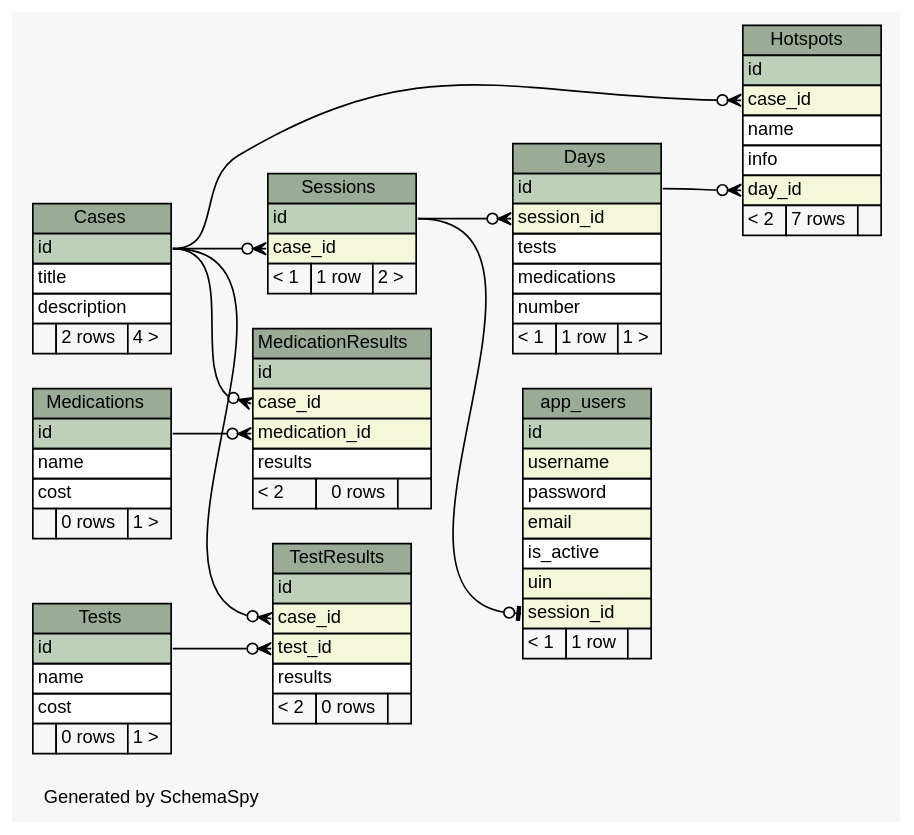
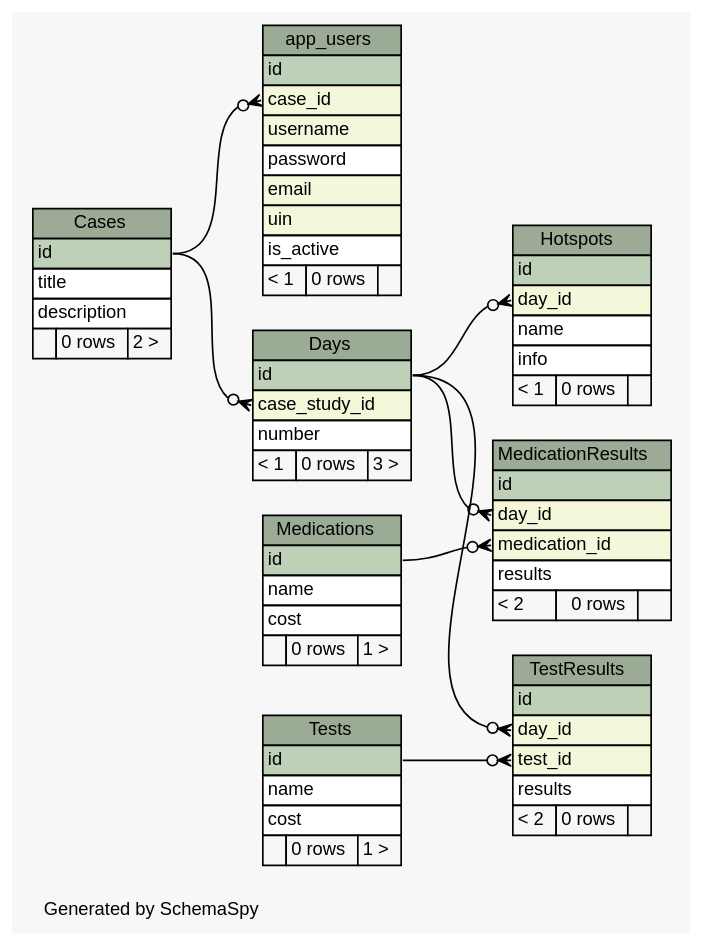
Before and after one commit to carrel2/CaseStudies: the diagram in web/files/schema/diagrams/summary/relationships.real.large.dot, drawn with Graphviz. The commit also changed 88 other files, not shown here.

```diff
--- a/web/files/schema/diagrams/summary/relationships.real.large.dot
+++ b/web/files/schema/diagrams/summary/relationships.real.large.dot
@@ -1,148 +1,132 @@
-// dot 2.38.0 on Linux 4.4.0-59-generic
+// dot 2.38.0 on Linux 4.4.0-62-generic
 // SchemaSpy rev 590
 digraph "largeRelationshipsDiagram" {
   graph [
     rankdir="RL"
     bgcolor="#f7f7f7"
     label="\nGenerated by SchemaSpy"
     labeljust="l"
     nodesep="0.18"
     ranksep="0.46"
     fontname="Helvetica"
     fontsize="11"
   ];
   node [
     fontname="Helvetica"
     fontsize="11"
     shape="plaintext"
   ];
   edge [
     arrowsize="0.8"
   ];
   "app_users" [
     label=<
     <TABLE BORDER="0" CELLBORDER="1" CELLSPACING="0" BGCOLOR="#ffffff">
       <TR><TD COLSPAN="3" BGCOLOR="#9bab96" ALIGN="CENTER">app_users</TD></TR>
       <TR><TD PORT="id" COLSPAN="3" BGCOLOR="#bed1b8" ALIGN="LEFT">id</TD></TR>
+      <TR><TD PORT="case_id" COLSPAN="3" BGCOLOR="#f4f7da" ALIGN="LEFT">case_id</TD></TR>
       <TR><TD PORT="username" COLSPAN="3" BGCOLOR="#f4f7da" ALIGN="LEFT">username</TD></TR>
       <TR><TD PORT="password" COLSPAN="3" ALIGN="LEFT">password</TD></TR>
       <TR><TD PORT="email" COLSPAN="3" BGCOLOR="#f4f7da" ALIGN="LEFT">email</TD></TR>
+      <TR><TD PORT="uin" COLSPAN="3" BGCOLOR="#f4f7da" ALIGN="LEFT">uin</TD></TR>
       <TR><TD PORT="is_active" COLSPAN="3" ALIGN="LEFT">is_active</TD></TR>
-      <TR><TD PORT="uin" COLSPAN="3" BGCOLOR="#f4f7da" ALIGN="LEFT">uin</TD></TR>
-      <TR><TD PORT="session_id" COLSPAN="3" BGCOLOR="#f4f7da" ALIGN="LEFT">session_id</TD></TR>
-      <TR><TD ALIGN="LEFT" BGCOLOR="#f7f7f7">&lt; 1</TD><TD ALIGN="RIGHT" BGCOLOR="#f7f7f7">1 row</TD><TD ALIGN="RIGHT" BGCOLOR="#f7f7f7">  </TD></TR>
+      <TR><TD ALIGN="LEFT" BGCOLOR="#f7f7f7">&lt; 1</TD><TD ALIGN="RIGHT" BGCOLOR="#f7f7f7">0 rows</TD><TD ALIGN="RIGHT" BGCOLOR="#f7f7f7">  </TD></TR>
     </TABLE>>
     URL="tables/app_users.html"
     tooltip="app_users"
   ];
   "Cases" [
     label=<
     <TABLE BORDER="0" CELLBORDER="1" CELLSPACING="0" BGCOLOR="#ffffff">
       <TR><TD COLSPAN="3" BGCOLOR="#9bab96" ALIGN="CENTER">Cases</TD></TR>
       <TR><TD PORT="id" COLSPAN="3" BGCOLOR="#bed1b8" ALIGN="LEFT">id</TD></TR>
       <TR><TD PORT="title" COLSPAN="3" ALIGN="LEFT">title</TD></TR>
       <TR><TD PORT="description" COLSPAN="3" ALIGN="LEFT">description</TD></TR>
-      <TR><TD ALIGN="LEFT" BGCOLOR="#f7f7f7">  </TD><TD ALIGN="RIGHT" BGCOLOR="#f7f7f7">2 rows</TD><TD ALIGN="RIGHT" BGCOLOR="#f7f7f7">4 &gt;</TD></TR>
+      <TR><TD ALIGN="LEFT" BGCOLOR="#f7f7f7">  </TD><TD ALIGN="RIGHT" BGCOLOR="#f7f7f7">0 rows</TD><TD ALIGN="RIGHT" BGCOLOR="#f7f7f7">2 &gt;</TD></TR>
     </TABLE>>
     URL="tables/Cases.html"
     tooltip="Cases"
   ];
   "Days" [
     label=<
     <TABLE BORDER="0" CELLBORDER="1" CELLSPACING="0" BGCOLOR="#ffffff">
       <TR><TD COLSPAN="3" BGCOLOR="#9bab96" ALIGN="CENTER">Days</TD></TR>
       <TR><TD PORT="id" COLSPAN="3" BGCOLOR="#bed1b8" ALIGN="LEFT">id</TD></TR>
-      <TR><TD PORT="session_id" COLSPAN="3" BGCOLOR="#f4f7da" ALIGN="LEFT">session_id</TD></TR>
-      <TR><TD PORT="tests" COLSPAN="3" ALIGN="LEFT">tests</TD></TR>
-      <TR><TD PORT="medications" COLSPAN="3" ALIGN="LEFT">medications</TD></TR>
+      <TR><TD PORT="case_study_id" COLSPAN="3" BGCOLOR="#f4f7da" ALIGN="LEFT">case_study_id</TD></TR>
       <TR><TD PORT="number" COLSPAN="3" ALIGN="LEFT">number</TD></TR>
-      <TR><TD ALIGN="LEFT" BGCOLOR="#f7f7f7">&lt; 1</TD><TD ALIGN="RIGHT" BGCOLOR="#f7f7f7">1 row</TD><TD ALIGN="RIGHT" BGCOLOR="#f7f7f7">1 &gt;</TD></TR>
+      <TR><TD ALIGN="LEFT" BGCOLOR="#f7f7f7">&lt; 1</TD><TD ALIGN="RIGHT" BGCOLOR="#f7f7f7">0 rows</TD><TD ALIGN="RIGHT" BGCOLOR="#f7f7f7">3 &gt;</TD></TR>
     </TABLE>>
     URL="tables/Days.html"
     tooltip="Days"
   ];
   "Hotspots" [
     label=<
     <TABLE BORDER="0" CELLBORDER="1" CELLSPACING="0" BGCOLOR="#ffffff">
       <TR><TD COLSPAN="3" BGCOLOR="#9bab96" ALIGN="CENTER">Hotspots</TD></TR>
       <TR><TD PORT="id" COLSPAN="3" BGCOLOR="#bed1b8" ALIGN="LEFT">id</TD></TR>
-      <TR><TD PORT="case_id" COLSPAN="3" BGCOLOR="#f4f7da" ALIGN="LEFT">case_id</TD></TR>
+      <TR><TD PORT="day_id" COLSPAN="3" BGCOLOR="#f4f7da" ALIGN="LEFT">day_id</TD></TR>
       <TR><TD PORT="name" COLSPAN="3" ALIGN="LEFT">name</TD></TR>
       <TR><TD PORT="info" COLSPAN="3" ALIGN="LEFT">info</TD></TR>
-      <TR><TD PORT="day_id" COLSPAN="3" BGCOLOR="#f4f7da" ALIGN="LEFT">day_id</TD></TR>
-      <TR><TD ALIGN="LEFT" BGCOLOR="#f7f7f7">&lt; 2</TD><TD ALIGN="RIGHT" BGCOLOR="#f7f7f7">7 rows</TD><TD ALIGN="RIGHT" BGCOLOR="#f7f7f7">  </TD></TR>
+      <TR><TD ALIGN="LEFT" BGCOLOR="#f7f7f7">&lt; 1</TD><TD ALIGN="RIGHT" BGCOLOR="#f7f7f7">0 rows</TD><TD ALIGN="RIGHT" BGCOLOR="#f7f7f7">  </TD></TR>
     </TABLE>>
     URL="tables/Hotspots.html"
     tooltip="Hotspots"
   ];
   "MedicationResults" [
     label=<
     <TABLE BORDER="0" CELLBORDER="1" CELLSPACING="0" BGCOLOR="#ffffff">
       <TR><TD COLSPAN="3" BGCOLOR="#9bab96" ALIGN="CENTER">MedicationResults</TD></TR>
       <TR><TD PORT="id" COLSPAN="3" BGCOLOR="#bed1b8" ALIGN="LEFT">id</TD></TR>
-      <TR><TD PORT="case_id" COLSPAN="3" BGCOLOR="#f4f7da" ALIGN="LEFT">case_id</TD></TR>
+      <TR><TD PORT="day_id" COLSPAN="3" BGCOLOR="#f4f7da" ALIGN="LEFT">day_id</TD></TR>
       <TR><TD PORT="medication_id" COLSPAN="3" BGCOLOR="#f4f7da" ALIGN="LEFT">medication_id</TD></TR>
       <TR><TD PORT="results" COLSPAN="3" ALIGN="LEFT">results</TD></TR>
       <TR><TD ALIGN="LEFT" BGCOLOR="#f7f7f7">&lt; 2</TD><TD ALIGN="RIGHT" BGCOLOR="#f7f7f7">0 rows</TD><TD ALIGN="RIGHT" BGCOLOR="#f7f7f7">  </TD></TR>
     </TABLE>>
     URL="tables/MedicationResults.html"
     tooltip="MedicationResults"
   ];
   "Medications" [
     label=<
     <TABLE BORDER="0" CELLBORDER="1" CELLSPACING="0" BGCOLOR="#ffffff">
       <TR><TD COLSPAN="3" BGCOLOR="#9bab96" ALIGN="CENTER">Medications</TD></TR>
       <TR><TD PORT="id" COLSPAN="3" BGCOLOR="#bed1b8" ALIGN="LEFT">id</TD></TR>
       <TR><TD PORT="name" COLSPAN="3" ALIGN="LEFT">name</TD></TR>
       <TR><TD PORT="cost" COLSPAN="3" ALIGN="LEFT">cost</TD></TR>
       <TR><TD ALIGN="LEFT" BGCOLOR="#f7f7f7">  </TD><TD ALIGN="RIGHT" BGCOLOR="#f7f7f7">0 rows</TD><TD ALIGN="RIGHT" BGCOLOR="#f7f7f7">1 &gt;</TD></TR>
     </TABLE>>
     URL="tables/Medications.html"
     tooltip="Medications"
   ];
-  "Sessions" [
-    label=<
-    <TABLE BORDER="0" CELLBORDER="1" CELLSPACING="0" BGCOLOR="#ffffff">
-      <TR><TD COLSPAN="3" BGCOLOR="#9bab96" ALIGN="CENTER">Sessions</TD></TR>
-      <TR><TD PORT="id" COLSPAN="3" BGCOLOR="#bed1b8" ALIGN="LEFT">id</TD></TR>
-      <TR><TD PORT="case_id" COLSPAN="3" BGCOLOR="#f4f7da" ALIGN="LEFT">case_id</TD></TR>
-      <TR><TD ALIGN="LEFT" BGCOLOR="#f7f7f7">&lt; 1</TD><TD ALIGN="RIGHT" BGCOLOR="#f7f7f7">1 row</TD><TD ALIGN="RIGHT" BGCOLOR="#f7f7f7">2 &gt;</TD></TR>
-    </TABLE>>
-    URL="tables/Sessions.html"
-    tooltip="Sessions"
-  ];
   "TestResults" [
     label=<
     <TABLE BORDER="0" CELLBORDER="1" CELLSPACING="0" BGCOLOR="#ffffff">
       <TR><TD COLSPAN="3" BGCOLOR="#9bab96" ALIGN="CENTER">TestResults</TD></TR>
       <TR><TD PORT="id" COLSPAN="3" BGCOLOR="#bed1b8" ALIGN="LEFT">id</TD></TR>
-      <TR><TD PORT="case_id" COLSPAN="3" BGCOLOR="#f4f7da" ALIGN="LEFT">case_id</TD></TR>
+      <TR><TD PORT="day_id" COLSPAN="3" BGCOLOR="#f4f7da" ALIGN="LEFT">day_id</TD></TR>
       <TR><TD PORT="test_id" COLSPAN="3" BGCOLOR="#f4f7da" ALIGN="LEFT">test_id</TD></TR>
       <TR><TD PORT="results" COLSPAN="3" ALIGN="LEFT">results</TD></TR>
       <TR><TD ALIGN="LEFT" BGCOLOR="#f7f7f7">&lt; 2</TD><TD ALIGN="RIGHT" BGCOLOR="#f7f7f7">0 rows</TD><TD ALIGN="RIGHT" BGCOLOR="#f7f7f7">  </TD></TR>
     </TABLE>>
     URL="tables/TestResults.html"
     tooltip="TestResults"
   ];
   "Tests" [
     label=<
     <TABLE BORDER="0" CELLBORDER="1" CELLSPACING="0" BGCOLOR="#ffffff">
       <TR><TD COLSPAN="3" BGCOLOR="#9bab96" ALIGN="CENTER">Tests</TD></TR>
       <TR><TD PORT="id" COLSPAN="3" BGCOLOR="#bed1b8" ALIGN="LEFT">id</TD></TR>
       <TR><TD PORT="name" COLSPAN="3" ALIGN="LEFT">name</TD></TR>
       <TR><TD PORT="cost" COLSPAN="3" ALIGN="LEFT">cost</TD></TR>
       <TR><TD ALIGN="LEFT" BGCOLOR="#f7f7f7">  </TD><TD ALIGN="RIGHT" BGCOLOR="#f7f7f7">0 rows</TD><TD ALIGN="RIGHT" BGCOLOR="#f7f7f7">1 &gt;</TD></TR>
     </TABLE>>
     URL="tables/Tests.html"
     tooltip="Tests"
   ];
-  "app_users":"session_id":w -> "Sessions":"id":e [arrowhead=none dir=back arrowtail=teeodot];
-  "Days":"session_id":w -> "Sessions":"id":e [arrowhead=none dir=back arrowtail=crowodot];
-  "Hotspots":"case_id":w -> "Cases":"id":e [arrowhead=none dir=back arrowtail=crowodot];
+  "app_users":"case_id":w -> "Cases":"id":e [arrowhead=none dir=back arrowtail=crowodot];
+  "Days":"case_study_id":w -> "Cases":"id":e [arrowhead=none dir=back arrowtail=crowodot];
   "Hotspots":"day_id":w -> "Days":"id":e [arrowhead=none dir=back arrowtail=crowodot];
-  "MedicationResults":"case_id":w -> "Cases":"id":e [arrowhead=none dir=back arrowtail=crowodot];
+  "MedicationResults":"day_id":w -> "Days":"id":e [arrowhead=none dir=back arrowtail=crowodot];
   "MedicationResults":"medication_id":w -> "Medications":"id":e [arrowhead=none dir=back arrowtail=crowodot];
-  "Sessions":"case_id":w -> "Cases":"id":e [arrowhead=none dir=back arrowtail=crowodot];
-  "TestResults":"case_id":w -> "Cases":"id":e [arrowhead=none dir=back arrowtail=crowodot];
+  "TestResults":"day_id":w -> "Days":"id":e [arrowhead=none dir=back arrowtail=crowodot];
   "TestResults":"test_id":w -> "Tests":"id":e [arrowhead=none dir=back arrowtail=crowodot];
 }
```
